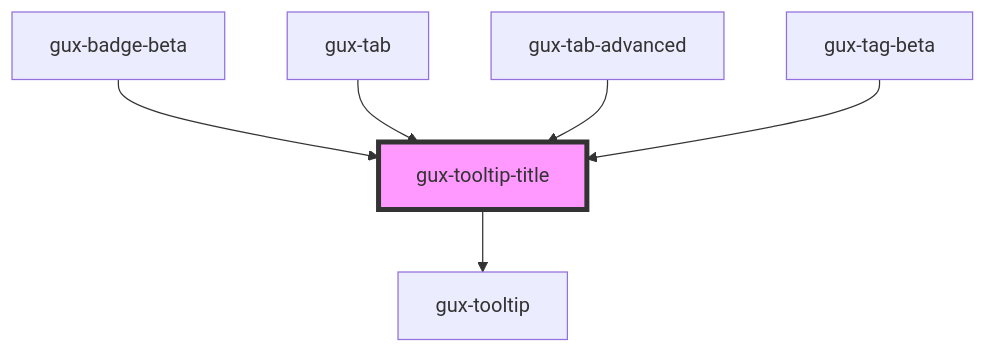
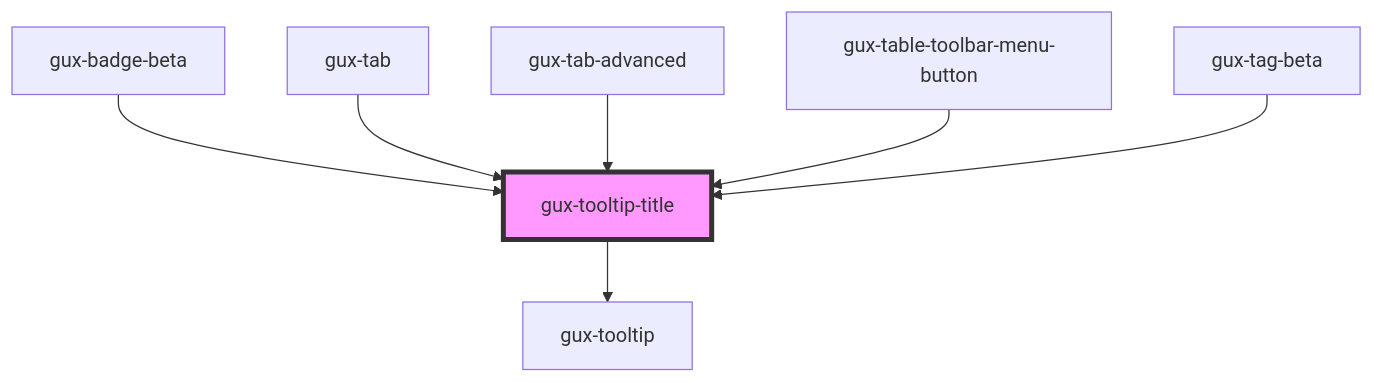
The diagram in packages/genesys-spark-components/src/components/stable/gux-tooltip-title/readme.md (MyPureCloud/genesys-spark), drawn with Mermaid before and after one commit. The commit also changed other lines of this file and 8 other files, not shown here.

First line of the commit message:
fix(table-toolbar): addition of tooltip when actions are is icon-only state

````diff
--- a/packages/genesys-spark-components/src/components/stable/gux-tooltip-title/readme.md
+++ b/packages/genesys-spark-components/src/components/stable/gux-tooltip-title/readme.md
@@ -45,9 +46,10 @@
 ```mermaid
 graph TD;
   gux-tooltip-title --> gux-tooltip
   gux-badge-beta --> gux-tooltip-title
   gux-tab --> gux-tooltip-title
   gux-tab-advanced --> gux-tooltip-title
+  gux-table-toolbar-menu-button --> gux-tooltip-title
   gux-tag-beta --> gux-tooltip-title
   style gux-tooltip-title fill:#f9f,stroke:#333,stroke-width:4px
 ```
````
